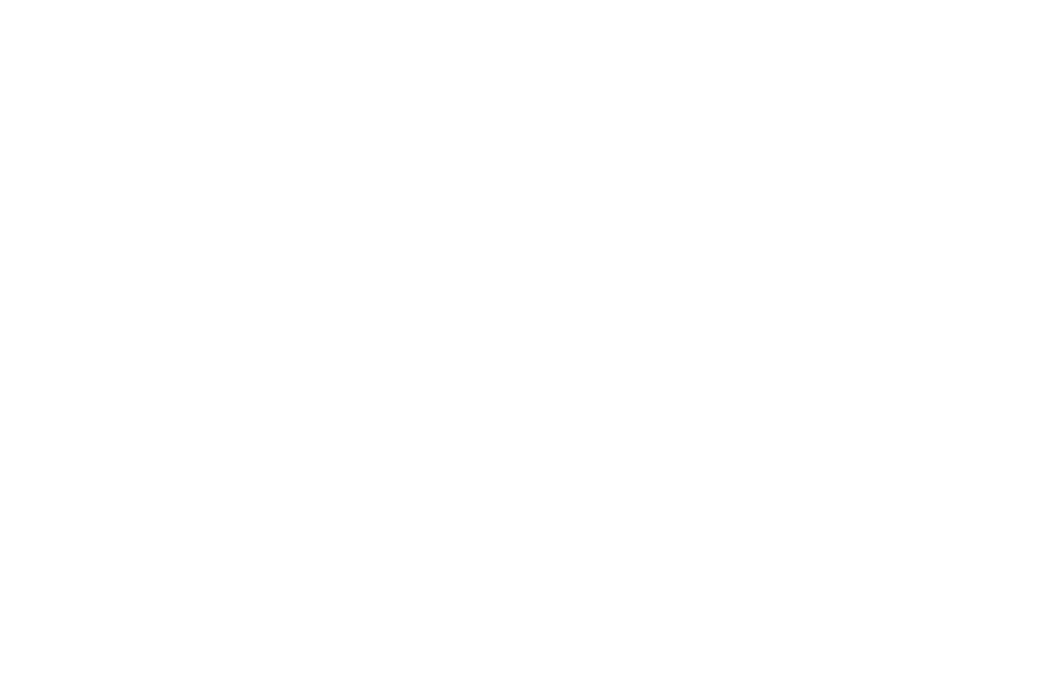
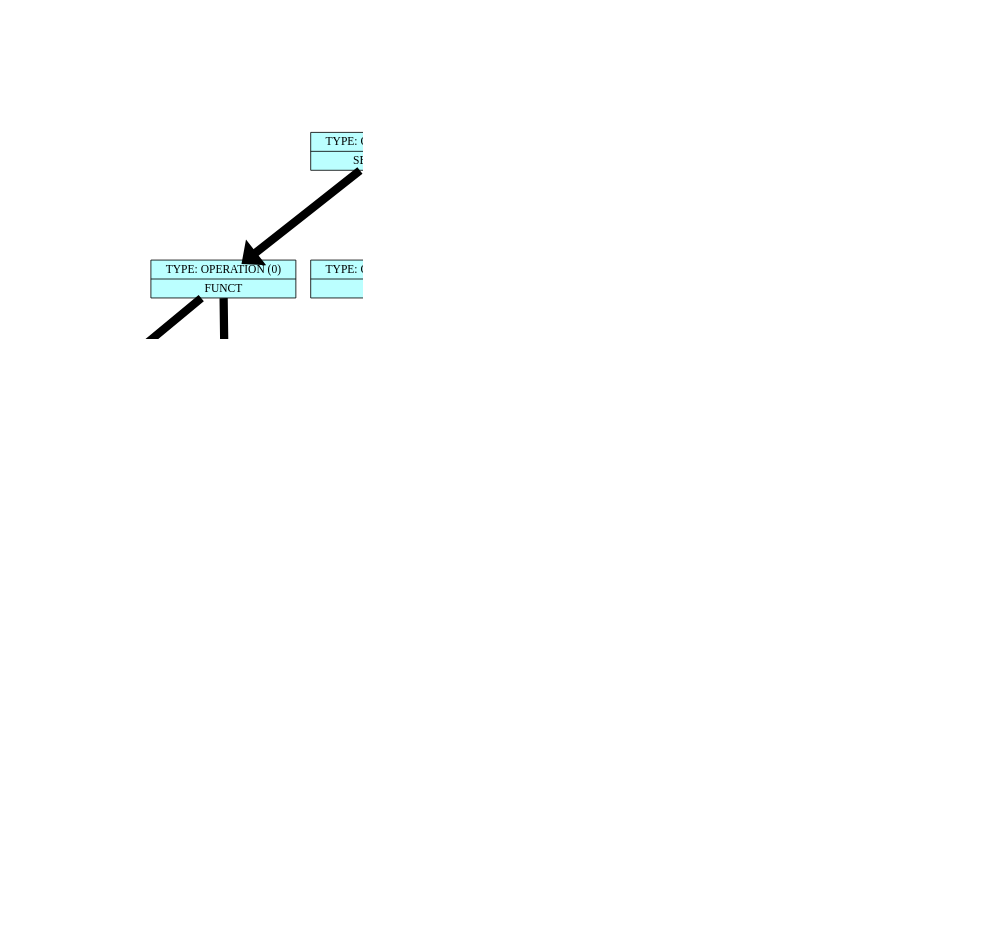
The diagram in frontend/dump/list_graph.dot (Troll0ton/Trollanguage), drawn with Graphviz before and after one commit. The commit also changed 23 other files, not shown here.

```diff
--- a/frontend/dump/list_graph.dot
+++ b/frontend/dump/list_graph.dot
@@ -1,65 +1,74 @@
 digraph structs {    
 rankdir = TB;        
 graph [dpi = 200];   
 ranksep = 1.5;       
 edge[penwidth = 10]; 
 cell0 [style = filled, color = black, shape=record, 
 fillcolor = paleturquoise1, label = " { <ptr> TYPE: OPERATION (0) | SEQUENCE} " ];                         
 cell1 [style = filled, color = black, shape=record, 
 fillcolor = paleturquoise1, label = " { <ptr> TYPE: OPERATION (0) | SEQUENCE} " ];                         
 cell2 [style = filled, color = black, shape=record, 
-fillcolor = paleturquoise1, label = " { <ptr> TYPE: OPERATION (0) | SEQUENCE} " ];                         
+fillcolor = paleturquoise1, label = " { <ptr> TYPE: OPERATION (0) | FUNCT} " ];                         
 cell3 [style = filled, color = black, shape=record, 
-fillcolor = paleturquoise1, label = " { <ptr> TYPE: OPERATION (0) | ASSIGNMENT} " ];                         
+fillcolor = darkolivegreen2, label = " { <ptr> TYPE: VARIABLE (4) | x} " ];                         
 cell4 [style = filled, color = black, shape=record, 
-fillcolor = darkolivegreen2, label = " { <ptr> TYPE: VARIABLE (4) | x} " ];                         
+fillcolor = paleturquoise1, label = " { <ptr> TYPE: OPERATION (0) | BODY} " ];                         
 cell5 [style = filled, color = black, shape=record, 
 fillcolor = coral2, label = " { <ptr> TYPE: NUMERIC (4) | 900} " ];                         
 cell6 [style = filled, color = black, shape=record, 
 fillcolor = paleturquoise1, label = " { <ptr> TYPE: OPERATION (0) | FUNCT} " ];                         
 cell7 [style = filled, color = black, shape=record, 
-fillcolor = darkolivegreen2, label = " { <ptr> TYPE: VARIABLE (4) | n} " ];                         
+fillcolor = darkolivegreen2, label = " { <ptr> TYPE: VARIABLE (4) | y} " ];                         
 cell8 [style = filled, color = black, shape=record, 
 fillcolor = paleturquoise1, label = " { <ptr> TYPE: OPERATION (0) | BODY} " ];                         
 cell9 [style = filled, color = black, shape=record, 
-fillcolor = coral2, label = " { <ptr> TYPE: NUMERIC (4) | 77} " ];                         
+fillcolor = coral2, label = " { <ptr> TYPE: NUMERIC (4) | 100} " ];                         
 cell10 [style = filled, color = black, shape=record, 
 fillcolor = paleturquoise1, label = " { <ptr> TYPE: OPERATION (0) | FUNCT} " ];                         
 cell11 [style = filled, color = black, shape=record, 
 fillcolor = darkolivegreen2, label = " { <ptr> TYPE: VARIABLE (4) | a} " ];                         
 cell12 [style = filled, color = black, shape=record, 
 fillcolor = paleturquoise1, label = " { <ptr> TYPE: OPERATION (0) | BODY} " ];                         
 cell13 [style = filled, color = black, shape=record, 
-fillcolor = coral2, label = " { <ptr> TYPE: NUMERIC (4) | 77} " ];                         
+fillcolor = paleturquoise1, label = " { <ptr> TYPE: OPERATION (0) | SEQUENCE} " ];                         
 cell14 [style = filled, color = black, shape=record, 
+fillcolor = paleturquoise1, label = " { <ptr> TYPE: OPERATION (0) | ASSIGNMENT} " ];                         
+cell15 [style = filled, color = black, shape=record, 
+fillcolor = darkolivegreen2, label = " { <ptr> TYPE: VARIABLE (4) | x} " ];                         
+cell16 [style = filled, color = black, shape=record, 
+fillcolor = coral2, label = " { <ptr> TYPE: NUMERIC (4) | 900} " ];                         
+cell17 [style = filled, color = black, shape=record, 
 fillcolor = paleturquoise1, label = " { <ptr> TYPE: OPERATION (4) | print} " ];                         
-cell15 [style = filled, color = black, shape=record, 
+cell18 [style = filled, color = black, shape=record, 
 fillcolor = paleturquoise1, label = " { <ptr> TYPE: OPERATION (1) | +} " ];                         
-cell16 [style = filled, color = black, shape=record, 
+cell19 [style = filled, color = black, shape=record, 
 fillcolor = paleturquoise1, label = " { <ptr> TYPE: OPERATION (0) | CALL} " ];                         
-cell17 [style = filled, color = black, shape=record, 
-fillcolor = darkolivegreen2, label = " { <ptr> TYPE: VARIABLE (4) | a} " ];                         
-cell18 [style = filled, color = black, shape=record, 
+cell20 [style = filled, color = black, shape=record, 
+fillcolor = darkolivegreen2, label = " { <ptr> TYPE: VARIABLE (4) | x} " ];                         
+cell21 [style = filled, color = black, shape=record, 
 fillcolor = paleturquoise1, label = " { <ptr> TYPE: OPERATION (0) | CALL} " ];                         
-cell19 [style = filled, color = black, shape=record, 
-fillcolor = darkolivegreen2, label = " { <ptr> TYPE: VARIABLE (4) | n} " ];                         
+cell22 [style = filled, color = black, shape=record, 
+fillcolor = darkolivegreen2, label = " { <ptr> TYPE: VARIABLE (4) | y} " ];                         
 cell0 -> cell1;
 cell1 -> cell2;
 cell2 -> cell3;
-cell3 -> cell4;
-cell3 -> cell5;
-cell2 -> cell6;
+cell2 -> cell4;
+cell4 -> cell5;
+cell1 -> cell6;
 cell6 -> cell7;
 cell6 -> cell8;
 cell8 -> cell9;
-cell1 -> cell10;
+cell0 -> cell10;
 cell10 -> cell11;
 cell10 -> cell12;
 cell12 -> cell13;
-cell0 -> cell14;
+cell13 -> cell14;
 cell14 -> cell15;
-cell15 -> cell16;
-cell16 -> cell17;
-cell15 -> cell18;
+cell14 -> cell16;
+cell13 -> cell17;
+cell17 -> cell18;
 cell18 -> cell19;
+cell19 -> cell20;
+cell18 -> cell21;
+cell21 -> cell22;
 }
```
